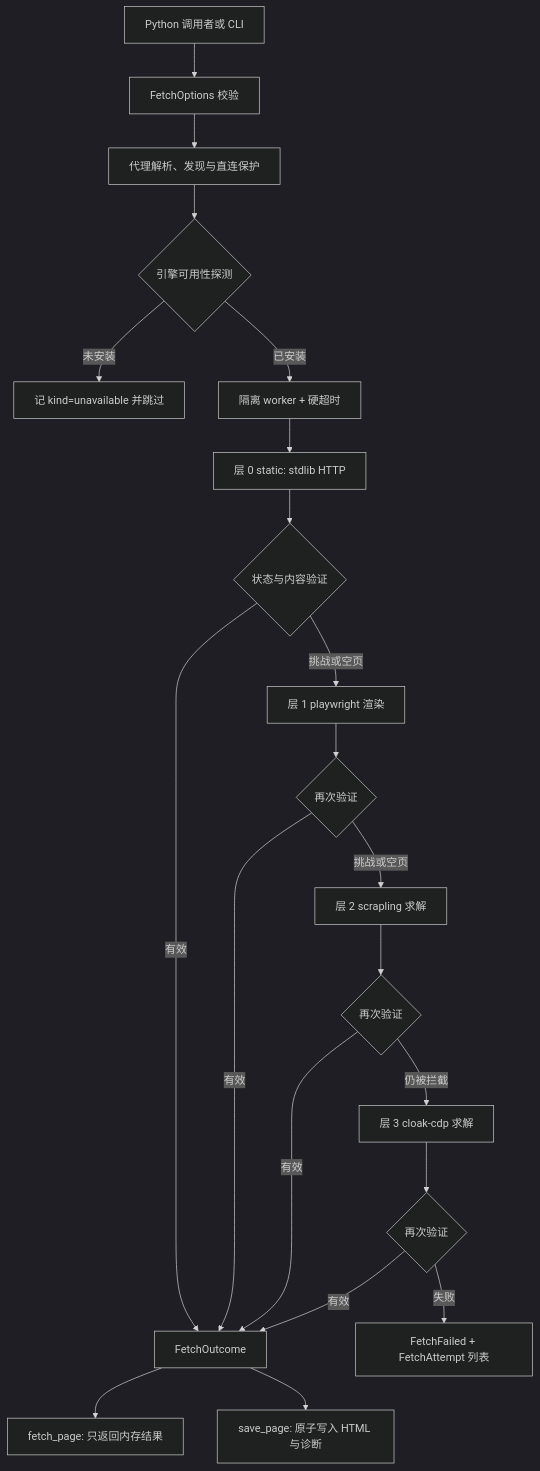
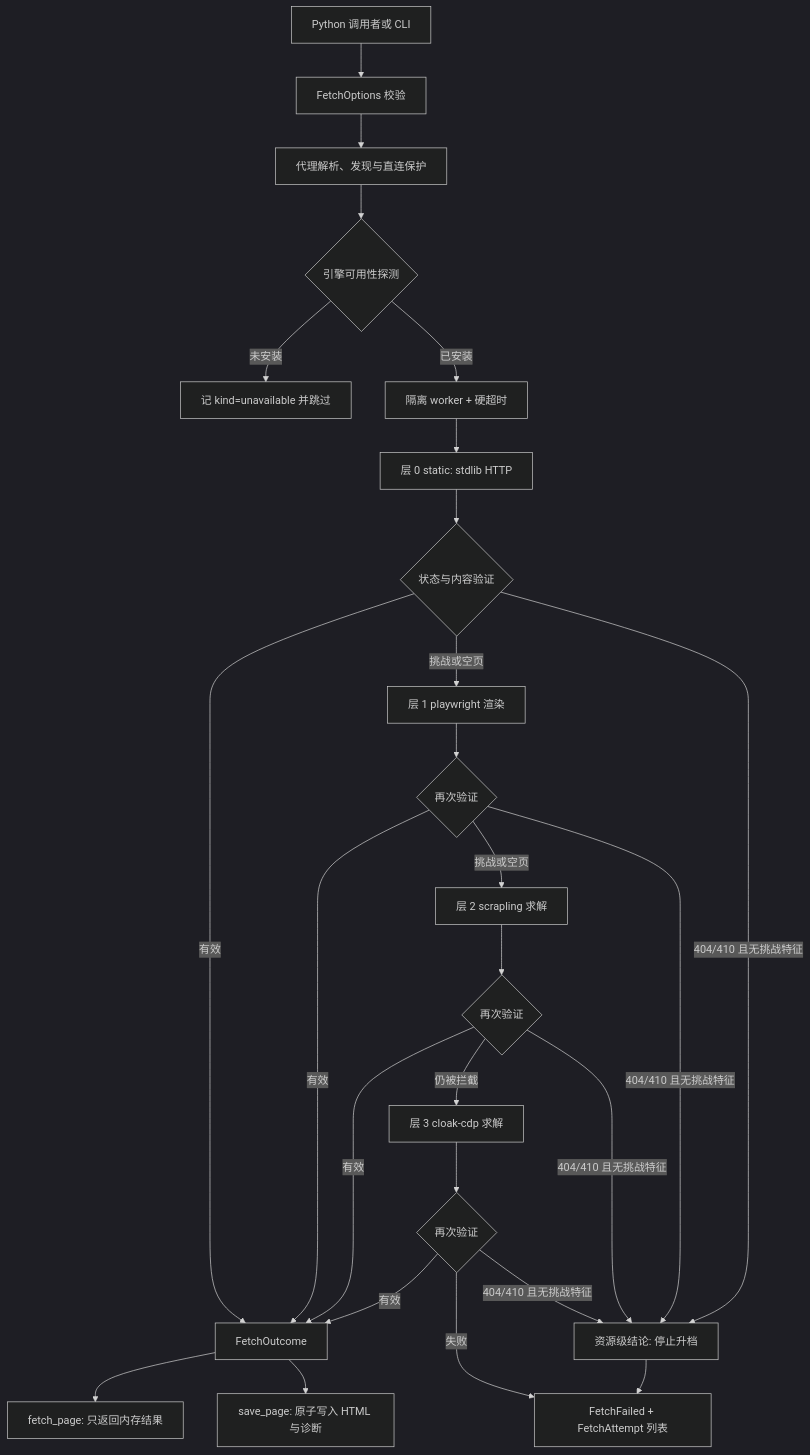
One commit to xuchaoxin1375/skills-for-developer changed the diagram in skills/resilient-browser-fetch/references/module-api.md. Above: the diagram before and after it, drawn with Mermaid (dark theme). The commit also changed 14 other files, not shown here.

````diff
--- a/skills/resilient-browser-fetch/references/module-api.md
+++ b/skills/resilient-browser-fetch/references/module-api.md
@@ -27,23 +27,25 @@
 ```mermaid
 flowchart TD
     Caller[Python 调用者或 CLI] --> Options[FetchOptions 校验]
     Options --> Proxy[代理解析、发现与直连保护]
     Proxy --> Available{引擎可用性探测}
     Available -->|未安装| Unavailable[记 kind=unavailable 并跳过]
     Available -->|已安装| Worker[隔离 worker + 硬超时]
     Worker --> Static[层 0 static: stdlib HTTP]
     Static --> Validate{状态与内容验证}
     Validate -->|有效| Outcome[FetchOutcome]
     Validate -->|挑战或空页| Playwright[层 1 playwright 渲染]
     Playwright --> Validate2{再次验证}
     Validate2 -->|有效| Outcome
     Validate2 -->|挑战或空页| Scrapling[层 2 scrapling 求解]
     Scrapling --> Validate3{再次验证}
     Validate3 -->|有效| Outcome
     Validate3 -->|仍被拦截| Cloak[层 3 cloak-cdp 求解]
     Cloak --> Validate4{再次验证}
     Validate4 -->|有效| Outcome
     Validate4 -->|失败| Failed[FetchFailed + FetchAttempt 列表]
+    Validate & Validate2 & Validate3 & Validate4 -->|"404/410 且无挑战特征"| Stopped["资源级结论: 停止升档"]
+    Stopped --> Failed
     Outcome --> Pure[fetch_page: 只返回内存结果]
     Outcome --> Files[save_page: 原子写入 HTML 与诊断]
 ```
````
